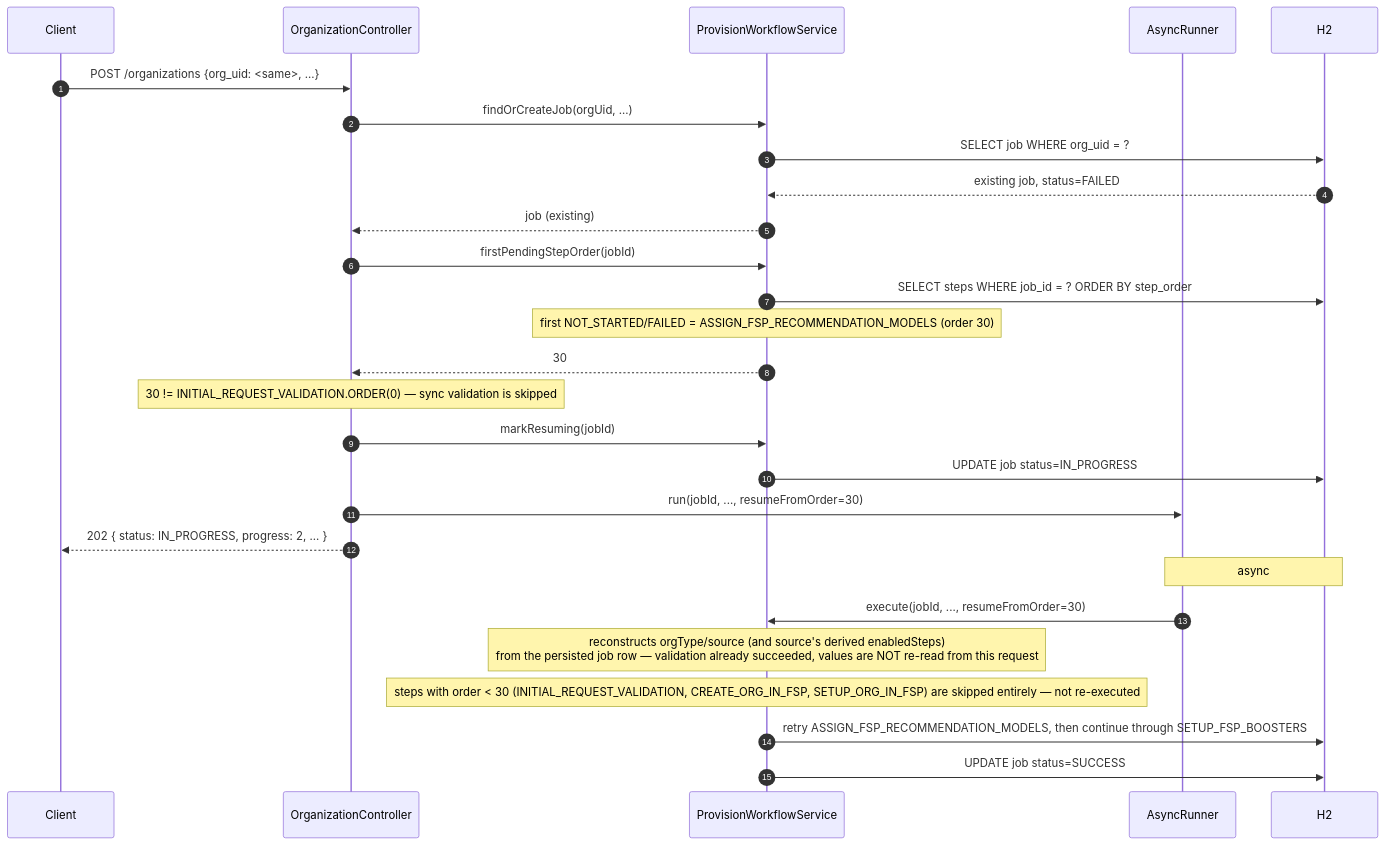
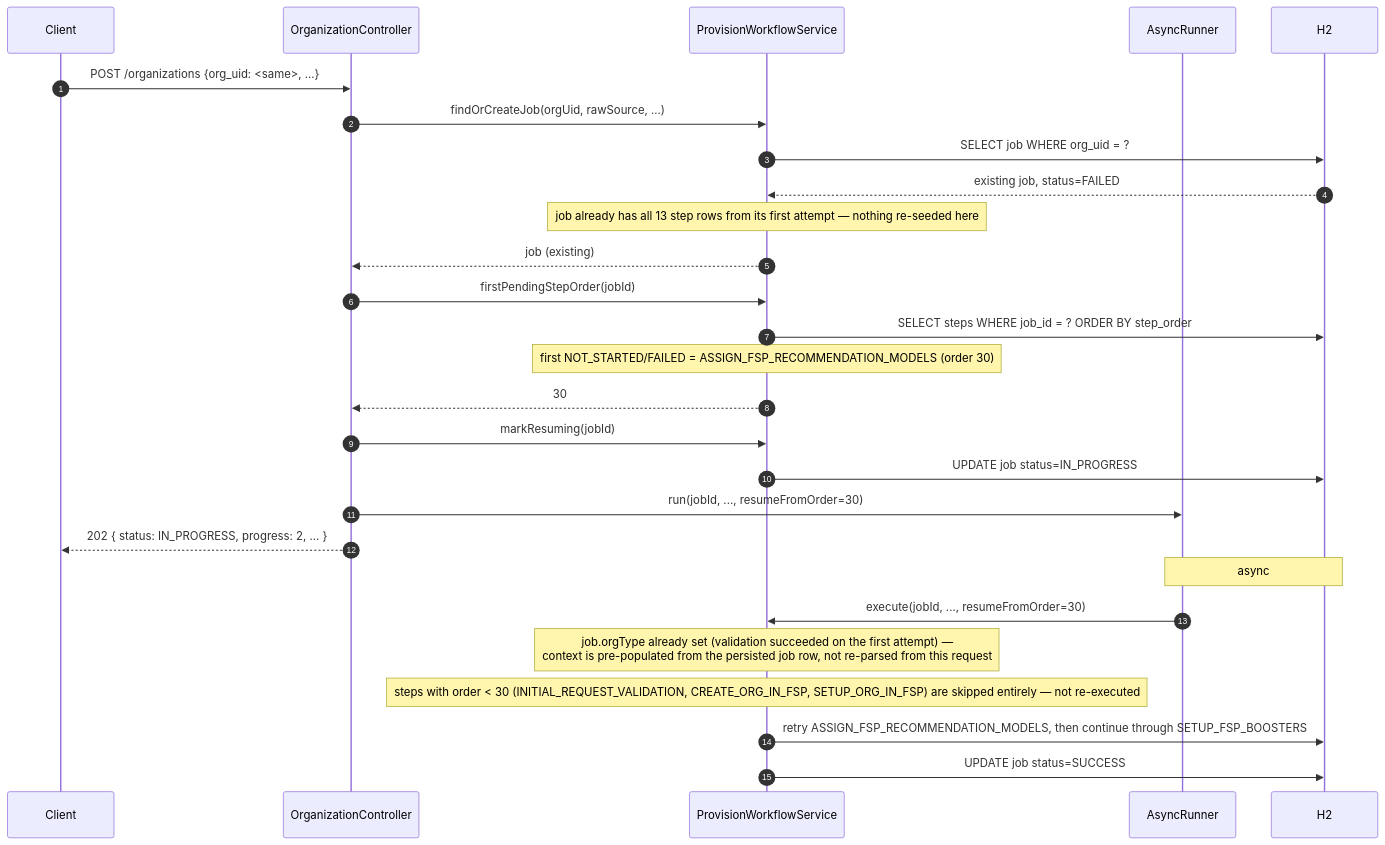
The fifth of 8 diagrams in docs/diagrams.md (bora-arch/create-org-poc), drawn with Mermaid before and after one commit. The commit also changed other lines of this file and 15 other files, not shown here.

First line of the commit message:
Seed all steps at job creation from raw source; run validation asynchronously

````diff
--- a/docs/diagrams.md
+++ b/docs/diagrams.md
@@ -267,31 +260,31 @@
 ```mermaid
 sequenceDiagram
     autonumber
     participant Client
     participant OC as OrganizationController
     participant WS as ProvisionWorkflowService
     participant AR as AsyncRunner
     participant DB as H2
 
     Client->>OC: POST /organizations {org_uid: <same>, ...}
-    OC->>WS: findOrCreateJob(orgUid, ...)
+    OC->>WS: findOrCreateJob(orgUid, rawSource, ...)
     WS->>DB: SELECT job WHERE org_uid = ?
     DB-->>WS: existing job, status=FAILED
+    Note over WS: job already has all 13 step rows from its first attempt — nothing re-seeded here
     WS-->>OC: job (existing)
     OC->>WS: firstPendingStepOrder(jobId)
     WS->>DB: SELECT steps WHERE job_id = ? ORDER BY step_order
     Note over WS: first NOT_STARTED/FAILED = ASSIGN_FSP_RECOMMENDATION_MODELS (order 30)
     WS-->>OC: 30
-    Note over OC: 30 != INITIAL_REQUEST_VALIDATION.ORDER(0) — sync validation is skipped
     OC->>WS: markResuming(jobId)
     WS->>DB: UPDATE job status=IN_PROGRESS
     OC->>AR: run(jobId, ..., resumeFromOrder=30)
     OC-->>Client: 202 { status: IN_PROGRESS, progress: 2, ... }
 
     Note over AR,DB: async
     AR->>WS: execute(jobId, ..., resumeFromOrder=30)
-    Note over WS: reconstructs orgType/source (and source's derived enabledSteps)<br/>from the persisted job row — validation already succeeded, values are NOT re-read from this request
+    Note over WS: job.orgType already set (validation succeeded on the first attempt) —<br/>context is pre-populated from the persisted job row, not re-parsed from this request
     Note over WS: steps with order < 30 (INITIAL_REQUEST_VALIDATION, CREATE_ORG_IN_FSP, SETUP_ORG_IN_FSP) are skipped entirely — not re-executed
     WS->>DB: retry ASSIGN_FSP_RECOMMENDATION_MODELS, then continue through SETUP_FSP_BOOSTERS
     WS->>DB: UPDATE job status=SUCCESS
 ```
````
